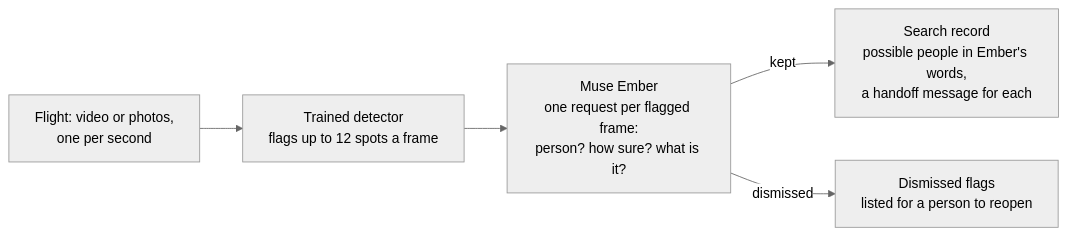
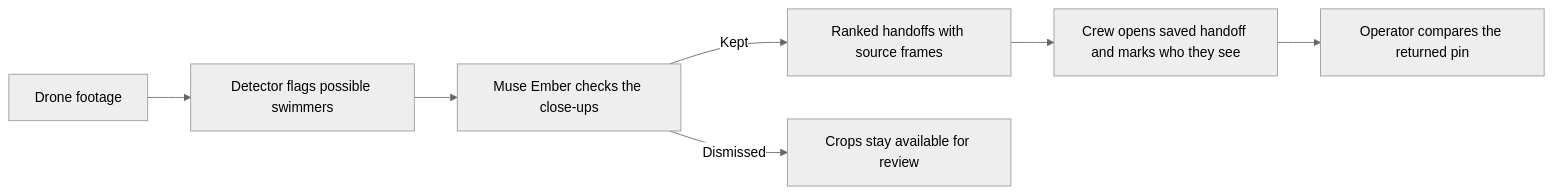
One commit to napiermd/open-water-search changed the diagram in README.md. Above: the diagram before and after it, drawn with Mermaid (neutral theme). The commit also changed other lines of this file and 10 other files, not shown here.

```diff
--- a/README.md
+++ b/README.md
@@ -58,7 +26,9 @@
 ~~~mermaid
 flowchart LR
-    flight["Flight: video or photos,<br/>one per second"] --> detector["Trained detector<br/>flags up to 12 spots a frame"]
-    detector --> ember["Muse Ember<br/>one request per flagged frame:<br/>person? how sure? what is it?"]
-    ember -->|kept| record["Search record<br/>possible people in Ember's words,<br/>a handoff message for each"]
-    ember -->|dismissed| reopen["Dismissed flags<br/>listed for a person to reopen"]
+    footage["Drone footage"] --> detector["Detector flags possible swimmers"]
+    detector --> ember["Muse Ember checks the close-ups"]
+    ember -->|Kept| queue["Ranked handoffs with source frames"]
+    ember -->|Dismissed| reopen["Crops stay available for review"]
+    queue --> crew["Crew opens saved handoff and marks who they see"]
+    crew --> operator["Operator compares the returned pin"]
 ~~~
```
